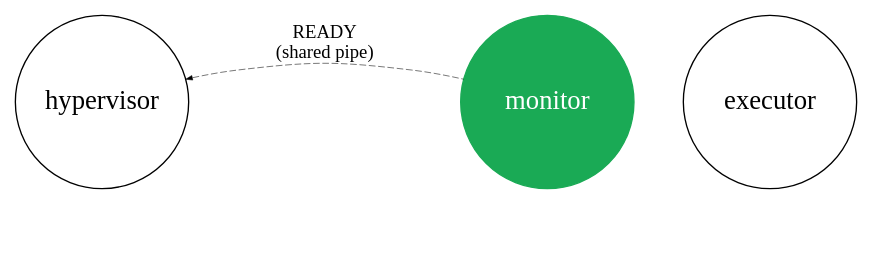
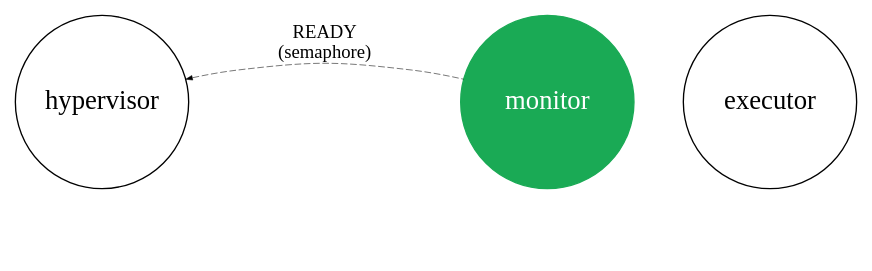
The diagram in doc/spawing-process/step-7.dot (evomassiny/simple-scheduler), drawn with Graphviz before and after one commit. The commit also changed 8 other files, not shown here.

```diff
--- a/doc/spawing-process/step-7.dot
+++ b/doc/spawing-process/step-7.dot
@@ -1,19 +1,19 @@
 digraph step {
     rankdir="LR";
     ranksep=0.5;
 
     node[fontsize=20, shape=circle, width=1.8];
     edge[penwidth=0.4, arrowsize=0.5];
 
     "hypervisor";
     "monitor" [color="#1aaa55", style=filled, fontcolor=white];
     "executor";
 
     "tmp"[style=invis];
     "hypervisor" -> "tmp" [style=invis];
     "tmp" -> "monitor" [style=invis];
 
     "monitor" -> "executor"[style=invis];
 
-    "hypervisor" -> "monitor" [style=dashed, dir=back, label="READY\n(shared pipe)"];
+    "hypervisor" -> "monitor" [style=dashed, dir=back, label="READY\n(semaphore)"];
 }
```
